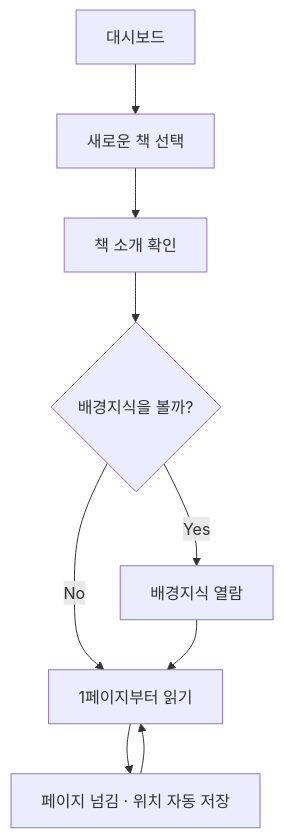
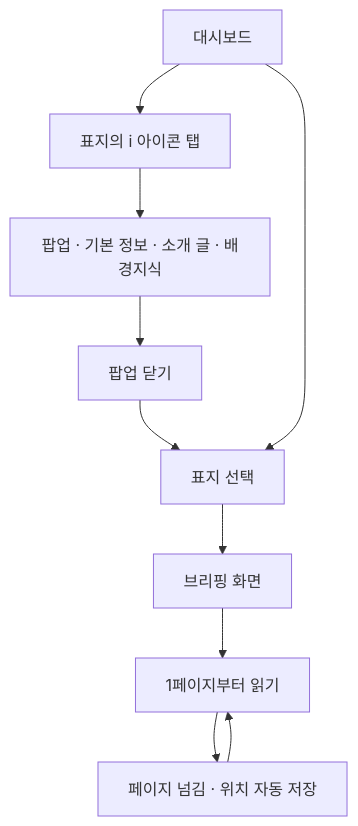
One commit to yemoyang9-a11y/GBSA_AWS_Readd changed the third of 4 diagrams in UserFlow.md. Above: the diagram before and after it, drawn with Mermaid. The commit also changed other lines of this file and 6 other files, not shown here.

````diff
--- a/UserFlow.md
+++ b/UserFlow.md
@@ -76,11 +94,12 @@
 ```mermaid
 flowchart TD
-    A[대시보드] --> B[새로운 책 선택]
-    B --> C[책 소개 확인]
-    C --> D{배경지식을 볼까?}
-    D -->|Yes| E[배경지식 열람]
-    D -->|No| F[1페이지부터 읽기]
-    E --> F
-    F --> G[페이지 넘김 · 위치 자동 저장]
-    G --> F
+    A[대시보드] --> B[표지의 i 아이콘 탭]
+    B --> C[팝업 · 기본 정보 · 소개 글 · 배경지식]
+    C --> D[팝업 닫기]
+    D --> E[표지 선택]
+    A --> E
+    E --> F[브리핑 화면]
+    F --> G[1페이지부터 읽기]
+    G --> H[페이지 넘김 · 위치 자동 저장]
+    H --> G
 ```
````
